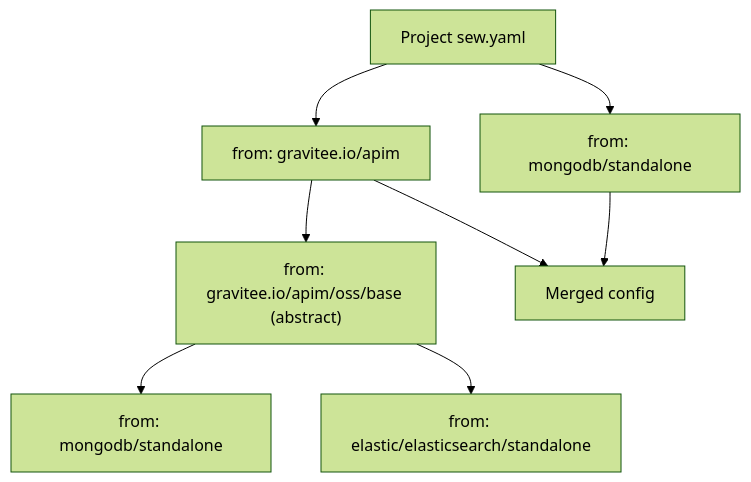
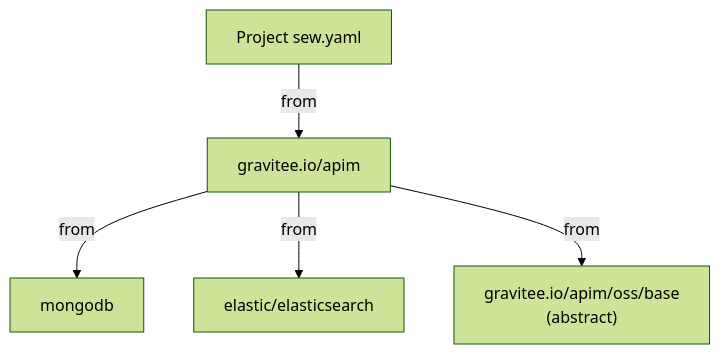
The third of 3 diagrams in site/content/docs/reference/architecture.md (a-cordier/sew), drawn with Mermaid (forest theme) before and after one commit. The commit also changed other lines of this file, not shown here.

Commit message:
docs: get context composition arch diagram right

````diff
--- a/site/content/docs/reference/architecture.md
+++ b/site/content/docs/reference/architecture.md
@@ -67,10 +71,7 @@
 ```mermaid
 flowchart TD
-    A["Project sew.yaml"] --> B["from: mongodb/standalone"]
-    A --> C["from: gravitee.io/apim"]
-    C --> D["from: gravitee.io/apim/oss/base (abstract)"]
-    D --> E["from: mongodb/standalone"]
-    D --> F["from: elastic/elasticsearch/standalone"]
-    B --> G["Merged config"]
-    C --> G
+    A["Project sew.yaml"] -- from --> B["gravitee.io/apim"]
+    B -- from --> C["mongodb"]
+    B -- from --> D["elastic/elasticsearch"]
+    B -- from --> E["gravitee.io/apim/oss/base\n(abstract)"]
 ```
````
